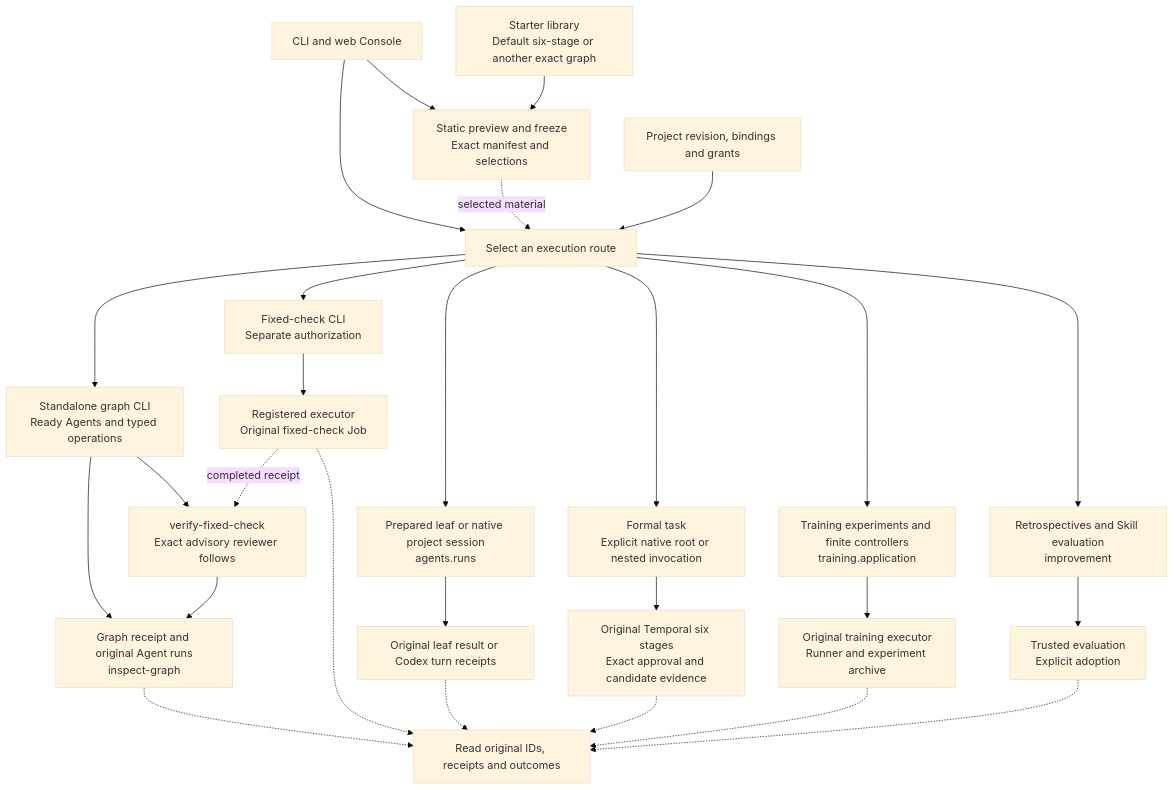
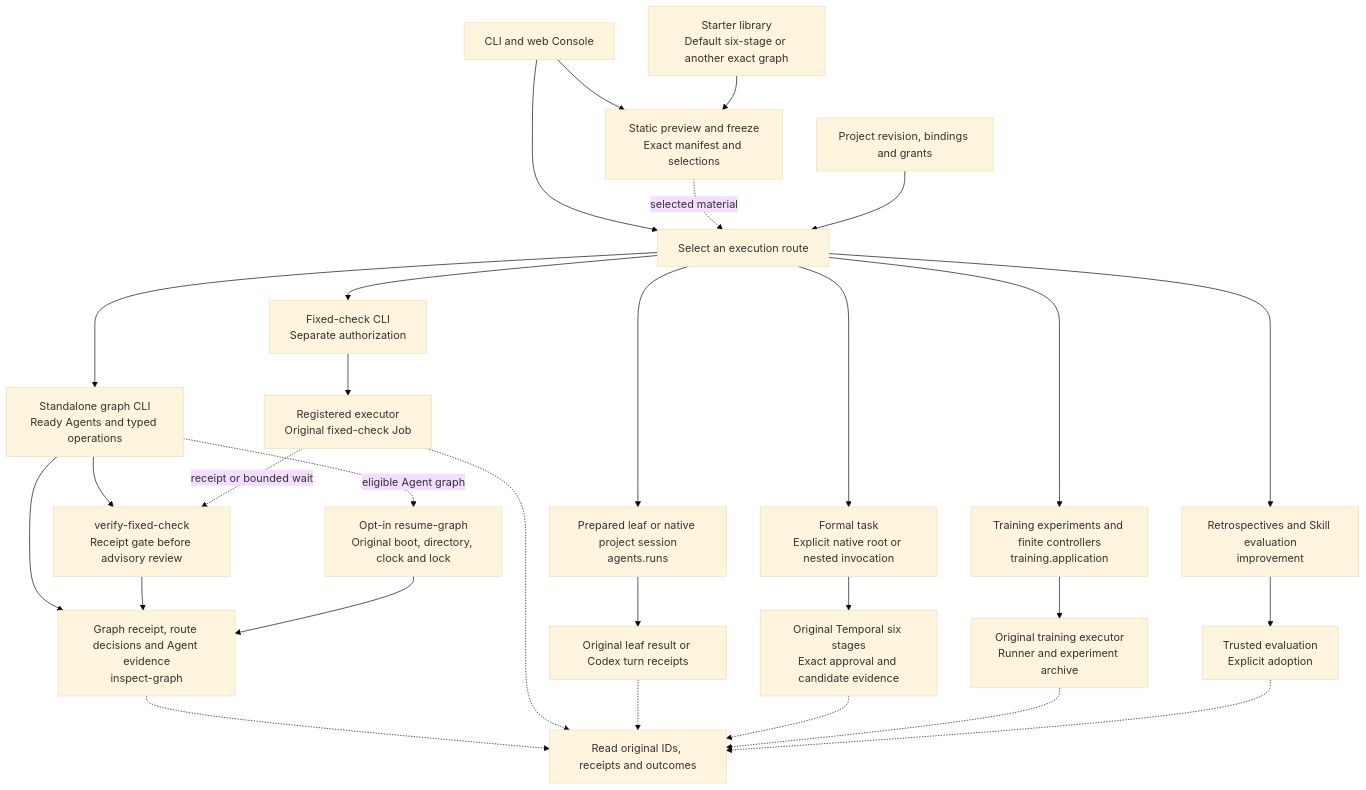
The diagram in docs/architecture/framework-tour.md (626619403/Ergora), drawn with Mermaid (base theme) before and after one commit. The commit also changed other lines of this file, not shown here.

Commit message:
Map same-boot graph recovery and original decisions

````diff
--- a/docs/architecture/framework-tour.md
+++ b/docs/architecture/framework-tour.md
@@ -13,32 +13,34 @@
 ```mermaid
 flowchart TB
   Entry["CLI and web Console"] --> Select["Select an execution route"]
   Entry --> Freeze["Static preview and freeze<br/>Exact manifest and selections"]
   Assets["Starter library<br/>Default six-stage or another exact graph"] --> Freeze
   Freeze -. "selected material" .-> Select
   Config["Project revision, bindings and grants"] --> Select
 
   Select --> Check["Fixed-check CLI<br/>Separate authorization"]
   Select --> Graph["Standalone graph CLI<br/>Ready Agents and typed operations"]
   Select --> Session["Prepared leaf or native project session<br/>agents.runs"]
   Select --> Dev["Formal task<br/>Explicit native root or nested invocation"]
   Select --> Train["Training experiments and finite controllers<br/>training.application"]
   Select --> Improve["Retrospectives and Skill evaluation<br/>improvement"]
 
   Check --> CheckJob["Registered executor<br/>Original fixed-check Job"]
-  Graph --> GraphProof["Graph receipt and original Agent runs<br/>inspect-graph"]
-  Graph --> Gate["verify-fixed-check<br/>Exact advisory reviewer follows"]
-  CheckJob -. "completed receipt" .-> Gate
+  Graph --> GraphProof["Graph receipt, route decisions and Agent evidence<br/>inspect-graph"]
+  Graph --> Gate["verify-fixed-check<br/>Receipt gate before advisory review"]
+  CheckJob -. "receipt or bounded wait" .-> Gate
   Gate --> GraphProof
+  Graph -. "eligible Agent graph" .-> Resume["Opt-in resume-graph<br/>Original boot, directory, clock and lock"]
+  Resume --> GraphProof
   Session --> Turn["Original leaf result or Codex turn receipts"]
   Dev --> Six["Original Temporal six stages<br/>Exact approval and candidate evidence"]
   Train --> Runner["Original training executor<br/>Runner and experiment archive"]
   Improve --> Eval["Trusted evaluation<br/>Explicit adoption"]
 
   GraphProof -.-> Recover["Read original IDs, receipts and outcomes"]
   CheckJob -.-> Recover
   Turn -.-> Recover
   Six -.-> Recover
   Runner -.-> Recover
   Eval -.-> Recover
 ```
````
